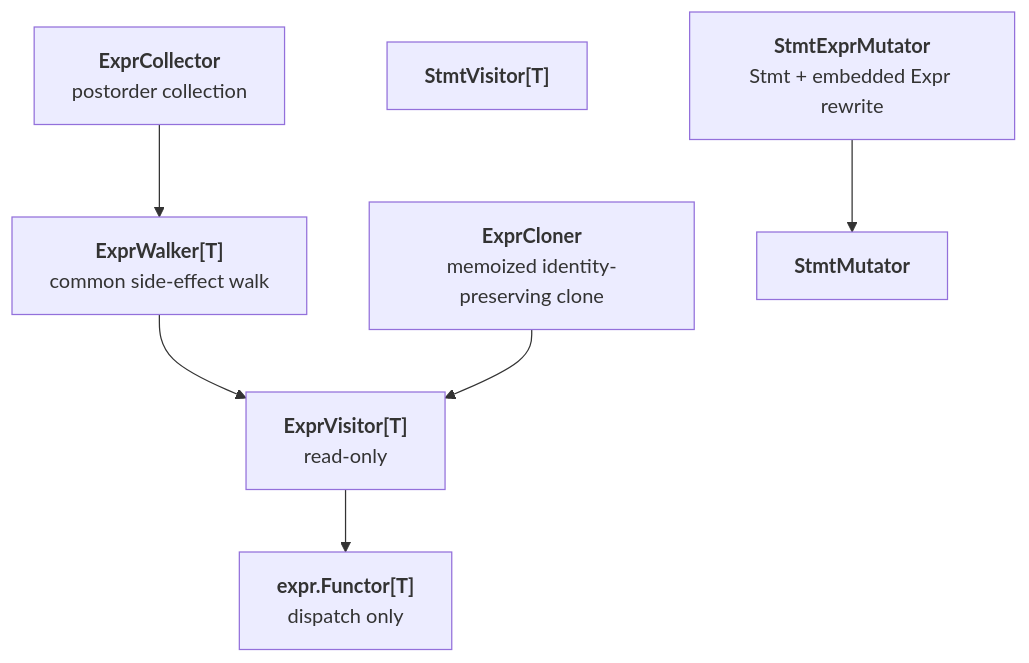
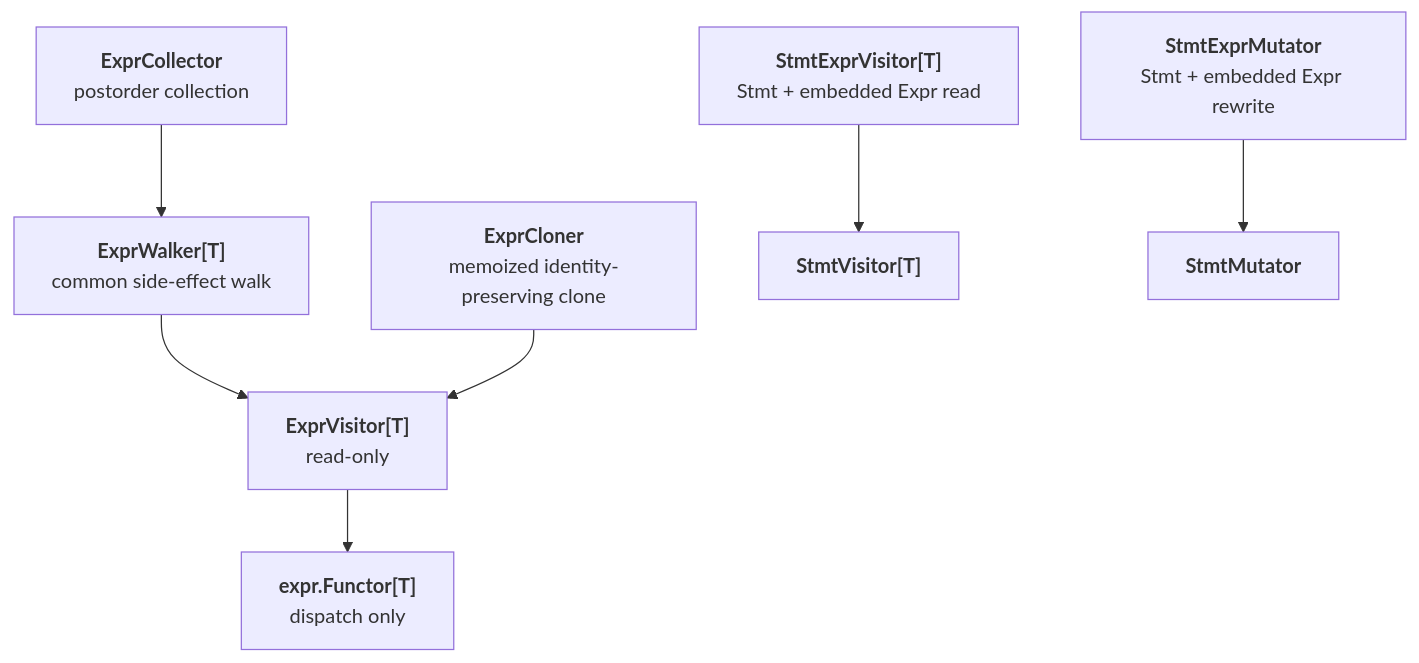
The diagram in docs/spec/visitor-mutator.md (tile-ai/TileFoundry), drawn with Mermaid before and after one commit. The commit also changed other lines of this file and 35 other files, not shown here.

````diff
--- a/docs/spec/visitor-mutator.md
+++ b/docs/spec/visitor-mutator.md
@@ -11,17 +11,19 @@
 ```mermaid
 flowchart TB
     ExprFunctor["<b>expr.Functor[T]</b><br/>dispatch only"]
     ExprVisitor["<b>ExprVisitor[T]</b><br/>read-only"]
     ExprWalker["<b>ExprWalker[T]</b><br/>common side-effect walk"]
     ExprCloner["<b>ExprCloner</b><br/>memoized identity-preserving clone"]
     ExprCollector["<b>ExprCollector</b><br/>postorder collection"]
     StmtVisitor["<b>StmtVisitor[T]</b>"]
+    StmtExprVisitor["<b>StmtExprVisitor[T]</b><br/>Stmt + embedded Expr read"]
     StmtMutator["<b>StmtMutator</b>"]
     StmtExprMutator["<b>StmtExprMutator</b><br/>Stmt + embedded Expr rewrite"]
 
     ExprVisitor --> ExprFunctor
     ExprWalker --> ExprVisitor
     ExprCloner --> ExprVisitor
     ExprCollector --> ExprWalker
+    StmtExprVisitor --> StmtVisitor
     StmtExprMutator --> StmtMutator
 ```
````
